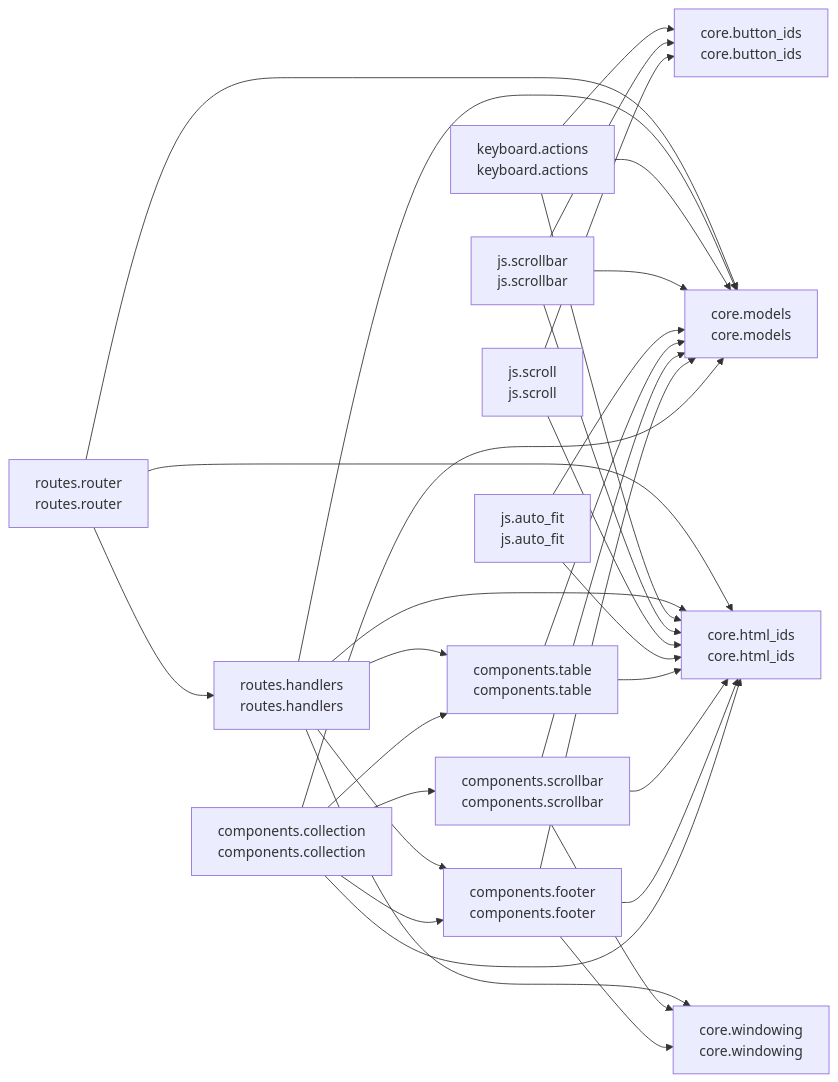
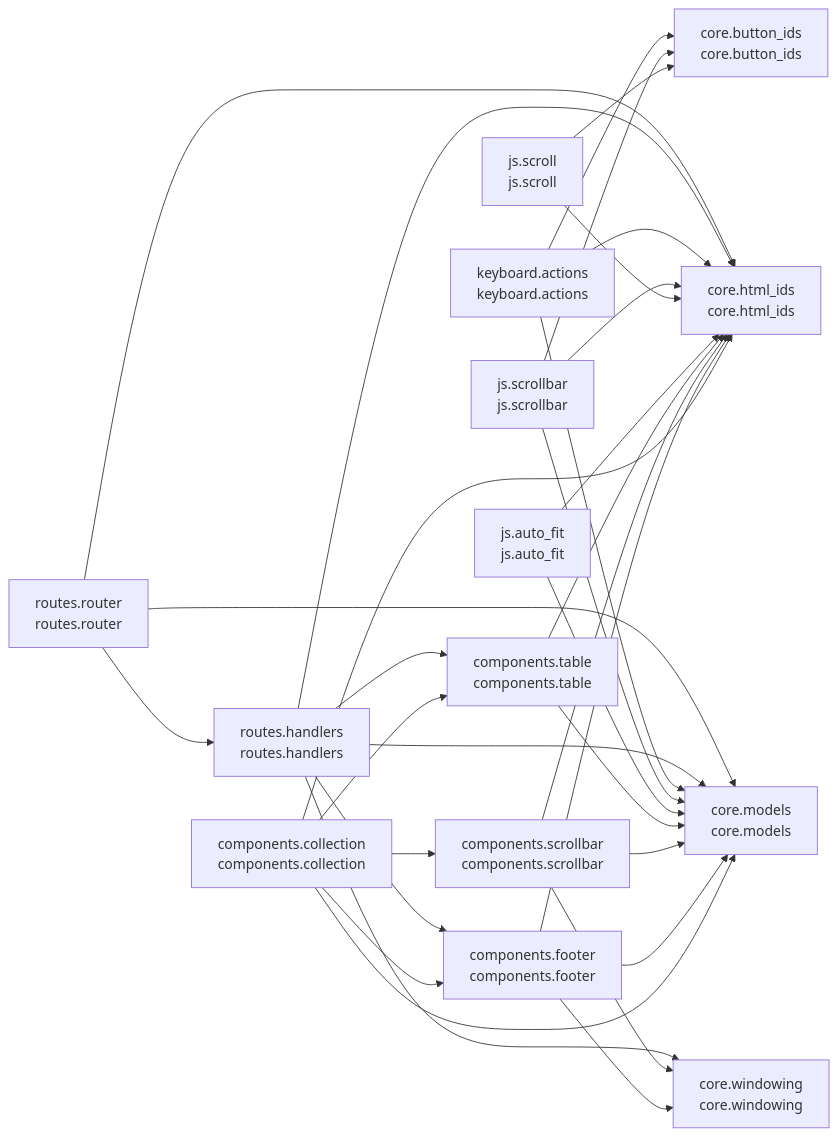
The diagram in README.md (cj-mills/cjm-fasthtml-virtual-collection), drawn with Mermaid before and after one commit. The commit also changed other lines of this file and 13 other files, not shown here.

````diff
--- a/README.md
+++ b/README.md
@@ -39,49 +39,49 @@
 ``` mermaid
 graph LR
     components_collection[components.collection<br/>components.collection]
     components_footer[components.footer<br/>components.footer]
     components_scrollbar[components.scrollbar<br/>components.scrollbar]
     components_table[components.table<br/>components.table]
     core_button_ids[core.button_ids<br/>core.button_ids]
     core_html_ids[core.html_ids<br/>core.html_ids]
     core_models[core.models<br/>core.models]
     core_windowing[core.windowing<br/>core.windowing]
     js_auto_fit[js.auto_fit<br/>js.auto_fit]
     js_scroll[js.scroll<br/>js.scroll]
     js_scrollbar[js.scrollbar<br/>js.scrollbar]
     keyboard_actions[keyboard.actions<br/>keyboard.actions]
     routes_handlers[routes.handlers<br/>routes.handlers]
     routes_router[routes.router<br/>routes.router]
 
-    components_collection --> core_html_ids
-    components_collection --> core_models
-    components_collection --> components_scrollbar
     components_collection --> components_table
     components_collection --> components_footer
+    components_collection --> core_models
+    components_collection --> core_html_ids
+    components_collection --> components_scrollbar
+    components_footer --> core_html_ids
     components_footer --> core_models
     components_footer --> core_windowing
-    components_footer --> core_html_ids
+    components_scrollbar --> core_html_ids
     components_scrollbar --> core_models
     components_scrollbar --> core_windowing
-    components_scrollbar --> core_html_ids
+    components_table --> core_models
     components_table --> core_html_ids
-    components_table --> core_models
+    js_auto_fit --> core_html_ids
     js_auto_fit --> core_models
-    js_auto_fit --> core_html_ids
+    js_scroll --> core_html_ids
     js_scroll --> core_button_ids
-    js_scroll --> core_html_ids
+    js_scrollbar --> core_html_ids
     js_scrollbar --> core_models
     js_scrollbar --> core_button_ids
-    js_scrollbar --> core_html_ids
+    keyboard_actions --> core_html_ids
     keyboard_actions --> core_models
     keyboard_actions --> core_button_ids
-    keyboard_actions --> core_html_ids
+    routes_handlers --> components_footer
+    routes_handlers --> core_models
+    routes_handlers --> core_html_ids
     routes_handlers --> core_windowing
     routes_handlers --> components_table
-    routes_handlers --> core_html_ids
-    routes_handlers --> core_models
-    routes_handlers --> components_footer
     routes_router --> core_models
     routes_router --> routes_handlers
     routes_router --> core_html_ids
 ```
````
